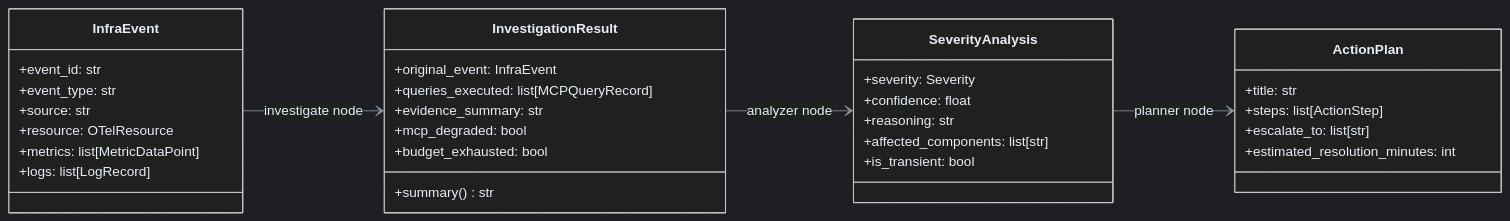
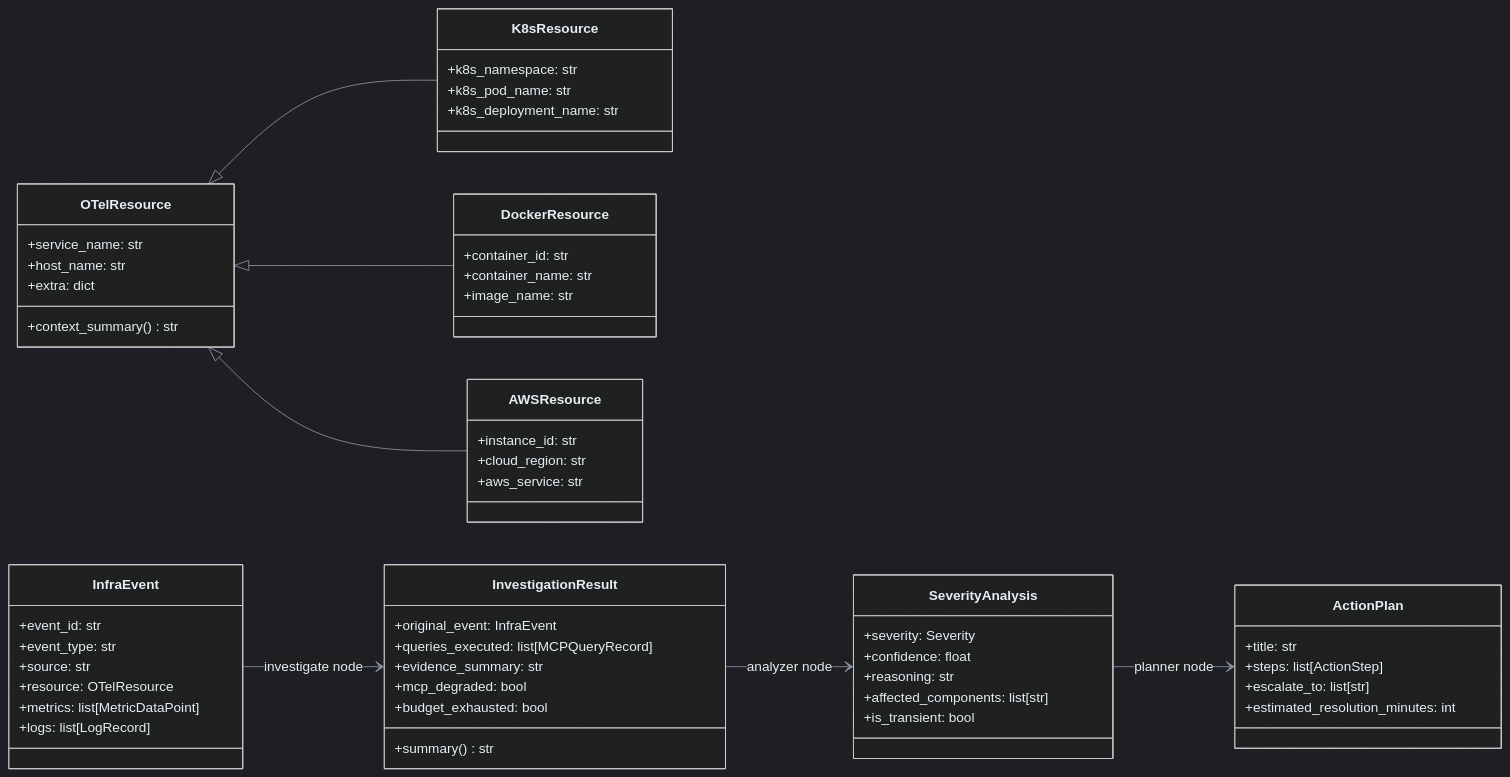
One commit to Vinny1892/octantis changed the second of 2 diagrams in .github/OVERVIEW.md. Above: the diagram before and after it, drawn with Mermaid. The commit also changed other lines of this file and 52 other files, not shown here.

````diff
--- a/.github/OVERVIEW.md
+++ b/.github/OVERVIEW.md
@@ -134,42 +144,71 @@
 ```mermaid
 %%{init: {"theme": "dark", "themeVariables": {"primaryColor": "#2d333b", "primaryBorderColor": "#6d5dfc", "primaryTextColor": "#e6edf3", "lineColor": "#8b949e"}}}%%
 classDiagram
     direction LR
+
+    class OTelResource {
+        +service_name: str
+        +host_name: str
+        +extra: dict
+        +context_summary() str
+    }
+
+    class K8sResource {
+        +k8s_namespace: str
+        +k8s_pod_name: str
+        +k8s_deployment_name: str
+    }
+
+    class DockerResource {
+        +container_id: str
+        +container_name: str
+        +image_name: str
+    }
+
+    class AWSResource {
+        +instance_id: str
+        +cloud_region: str
+        +aws_service: str
+    }
+
+    OTelResource <|-- K8sResource
+    OTelResource <|-- DockerResource
+    OTelResource <|-- AWSResource
 
     class InfraEvent {
         +event_id: str
         +event_type: str
         +source: str
         +resource: OTelResource
         +metrics: list[MetricDataPoint]
         +logs: list[LogRecord]
     }
 
     class InvestigationResult {
         +original_event: InfraEvent
         +queries_executed: list[MCPQueryRecord]
         +evidence_summary: str
         +mcp_degraded: bool
         +budget_exhausted: bool
         +summary() str
     }
 
     class SeverityAnalysis {
         +severity: Severity
         +confidence: float
         +reasoning: str
         +affected_components: list[str]
         +is_transient: bool
     }
 
     class ActionPlan {
         +title: str
         +steps: list[ActionStep]
         +escalate_to: list[str]
         +estimated_resolution_minutes: int
     }
 
     InfraEvent --> InvestigationResult : investigate node
     InvestigationResult --> SeverityAnalysis : analyzer node
     SeverityAnalysis --> ActionPlan : planner node
 ```
````
